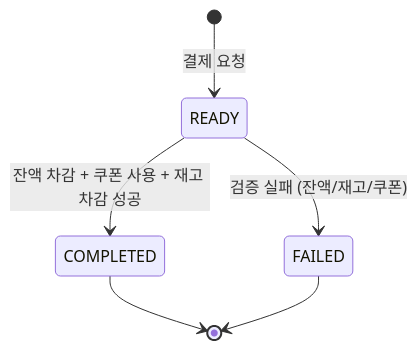
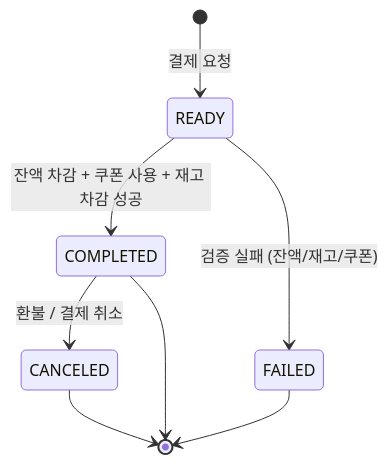
The second of 4 diagrams in docs/architecture/03-2.StateDiagram.md (gokid96/e-commerce), drawn with Mermaid before and after one commit. The commit also changed other lines of this file, not shown here.

Commit message:
[DOCS] 상태 다이어그램 ERD 정합 (쿠폰 중첩 구조, 상품 상태 추가)

````diff
--- a/docs/architecture/03-2.StateDiagram.md
+++ b/docs/architecture/03-2.StateDiagram.md
@@ -35,8 +36,10 @@
 ```mermaid
 stateDiagram-v2
-[*] --> READY: 결제 요청
-READY --> COMPLETED: 잔액 차감 + 쿠폰 사용 + 재고 차감 성공
-READY --> FAILED: 검증 실패 (잔액/재고/쿠폰)
-COMPLETED --> [*]
-FAILED --> [*]
+    [*] --> READY: 결제 요청
+    READY --> COMPLETED: 잔액 차감 + 쿠폰 사용 + 재고 차감 성공
+    READY --> FAILED: 검증 실패 (잔액/재고/쿠폰)
+    COMPLETED --> CANCELED: 환불 / 결제 취소
+    COMPLETED --> [*]
+    FAILED --> [*]
+    CANCELED --> [*]
 ```
````
